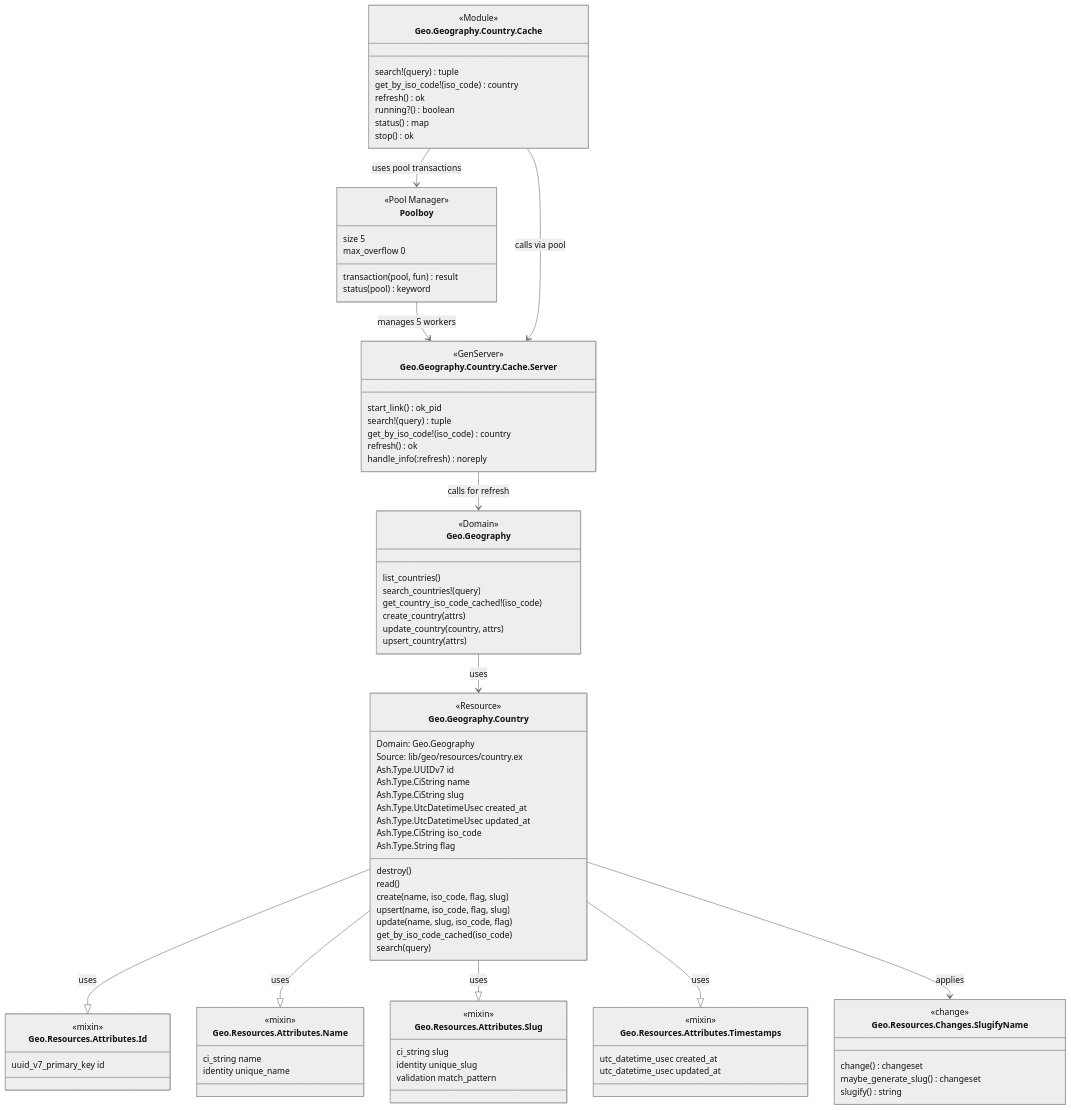
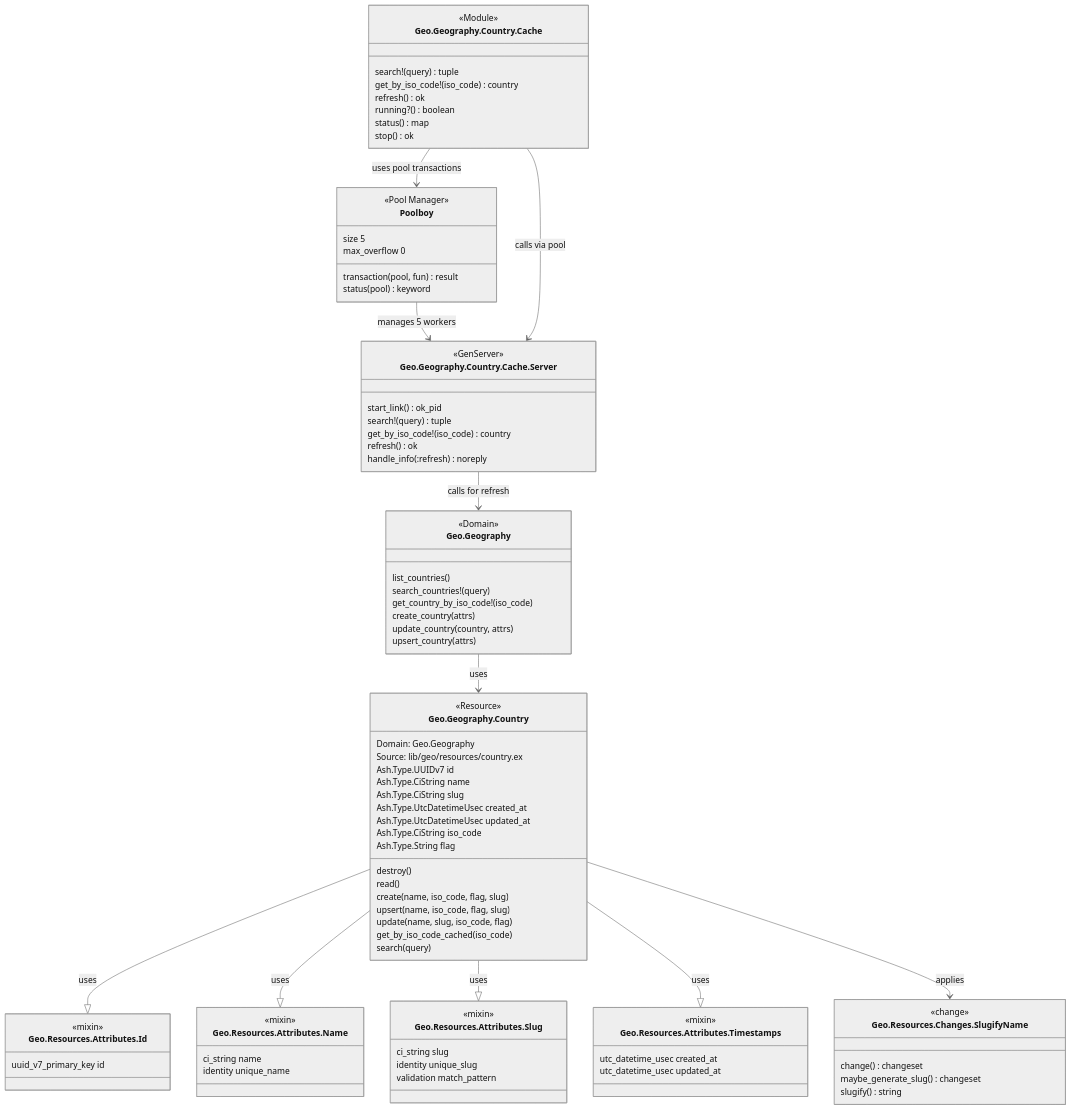
One commit to dev-guy/geo changed the first of 6 diagrams in README.md. Above: the diagram before and after it, drawn with Mermaid (neutral theme). The commit also changed other lines of this file and 12 other files, not shown here.

```diff
--- a/README.md
+++ b/README.md
@@ -182,7 +182,7 @@
         <<Domain>>
         list_countries()
         search_countries!(query)
-        get_country_iso_code_cached!(iso_code)
+        get_country_by_iso_code!(iso_code)
         create_country(attrs)
         update_country(country, attrs)
         upsert_country(attrs)
```
